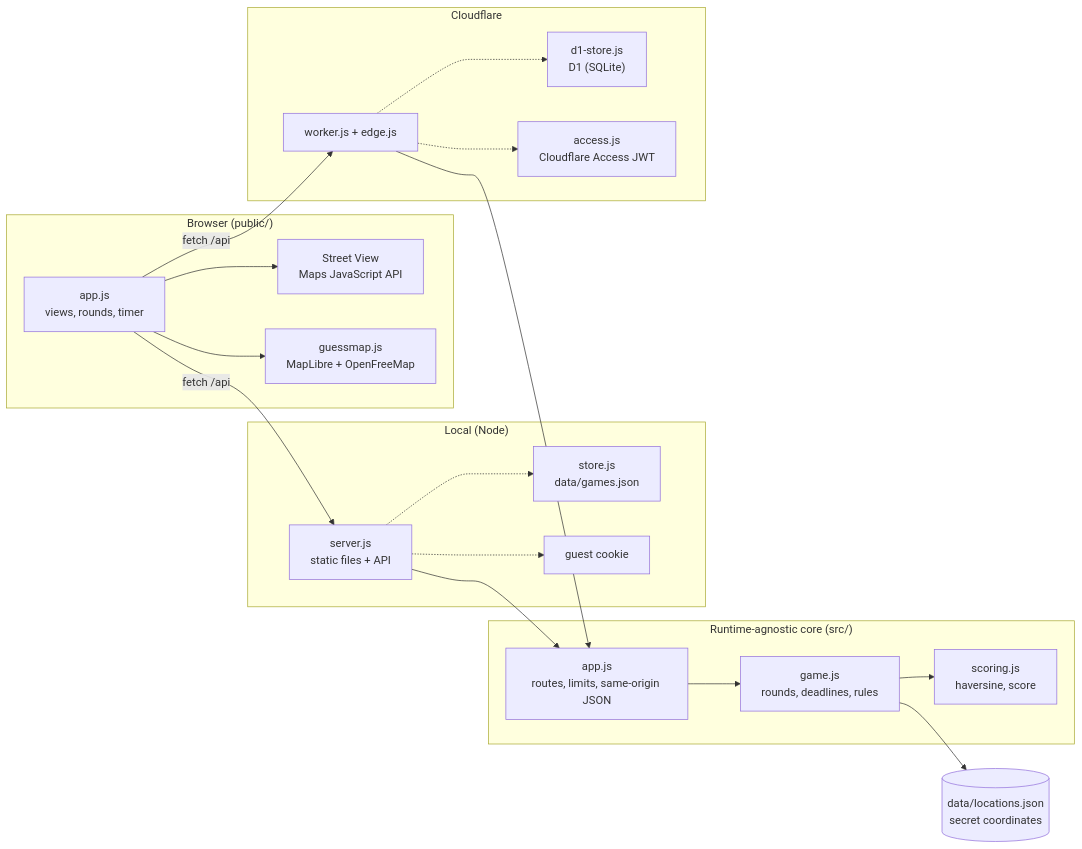
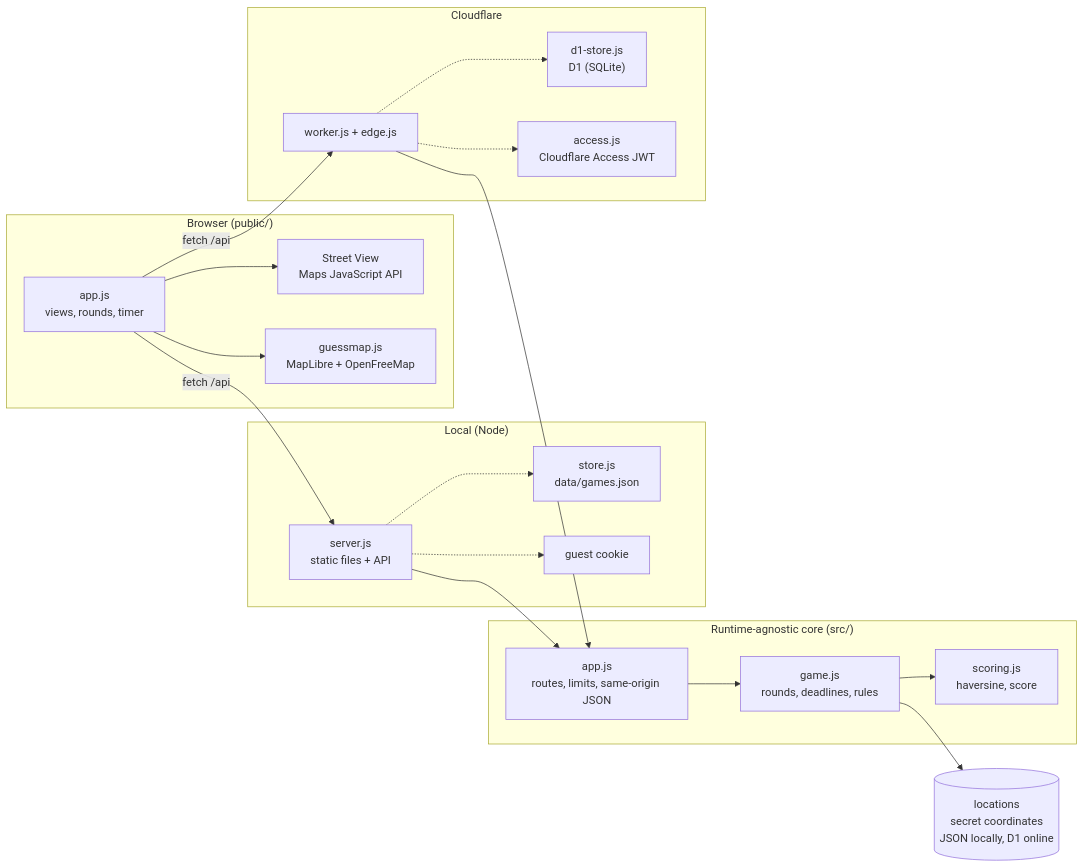
The third of 5 diagrams in README.md (margaux-faurie/geoguess), drawn with Mermaid before and after one commit. The commit also changed other lines of this file and 10 other files, not shown here.

````diff
--- a/README.md
+++ b/README.md
@@ -84,42 +84,42 @@
 ```mermaid
 flowchart LR
   subgraph browser["Browser (public/)"]
     ui["app.js<br/>views, rounds, timer"]
     sv["Street View<br/>Maps JavaScript API"]
     gm["guessmap.js<br/>MapLibre + OpenFreeMap"]
   end
 
   subgraph core["Runtime-agnostic core (src/)"]
     api["app.js<br/>routes, limits, same-origin JSON"]
     game["game.js<br/>rounds, deadlines, rules"]
     scoring["scoring.js<br/>haversine, score"]
   end
 
   subgraph local["Local (Node)"]
     server["server.js<br/>static files + API"]
     file["store.js<br/>data/games.json"]
     guest["guest cookie"]
   end
 
   subgraph edge["Cloudflare"]
     worker["worker.js + edge.js"]
     d1["d1-store.js<br/>D1 (SQLite)"]
     access["access.js<br/>Cloudflare Access JWT"]
   end
 
-  locations[("data/locations.json<br/>secret coordinates")]
+  locations[("locations<br/>secret coordinates<br/>JSON locally, D1 online")]
 
   ui --> sv
   ui --> gm
   ui -->|"fetch /api"| server
   ui -->|"fetch /api"| worker
   server --> api
   worker --> api
   api --> game
   game --> scoring
   game --> locations
   server -.-> file
   server -.-> guest
   worker -.-> d1
   worker -.-> access
 ```
````
